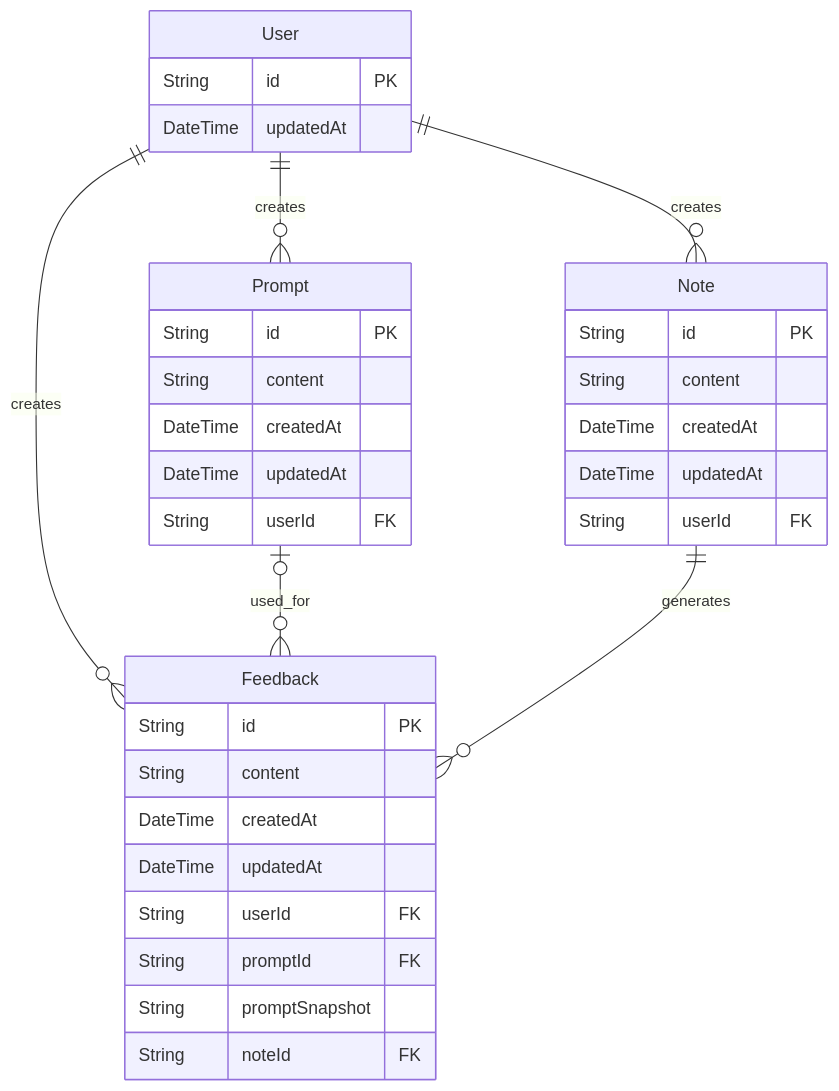
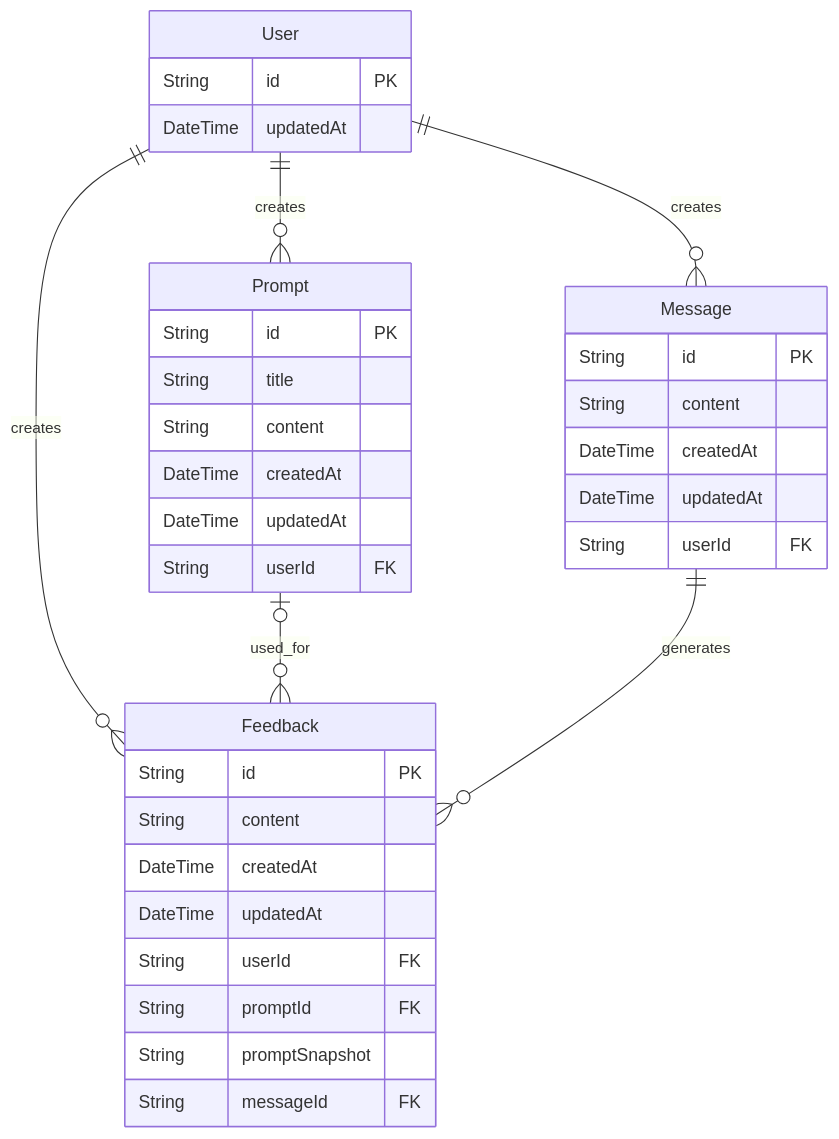
Before and after one commit to West-tm/fitlog-ai: the diagram in README.md, drawn with Mermaid. The commit also changed other lines of this file and 13 other files, not shown here.

````diff
--- a/README.md
+++ b/README.md
@@ -63,41 +63,42 @@
 ```mermaid
 erDiagram
   User ||--o{ Prompt : creates
-  User ||--o{ Note : creates
+  User ||--o{ Message : creates
   User ||--o{ Feedback : creates
 
   Prompt o|--o{ Feedback : used_for
-  Note ||--o{ Feedback : generates
+  Message ||--o{ Feedback : generates
 
   User {
     String id PK
     DateTime updatedAt
   }
 
   Prompt {
     String id PK
+    String title
     String content
     DateTime createdAt
     DateTime updatedAt
     String userId FK
   }
 
-  Note {
+  Message {
     String id PK
     String content
     DateTime createdAt
     DateTime updatedAt
     String userId FK
   }
 
   Feedback {
     String id PK
     String content
     DateTime createdAt
     DateTime updatedAt
     String userId FK
     String promptId FK
     String promptSnapshot
-    String noteId FK
+    String messageId FK
   }
 ```
````
